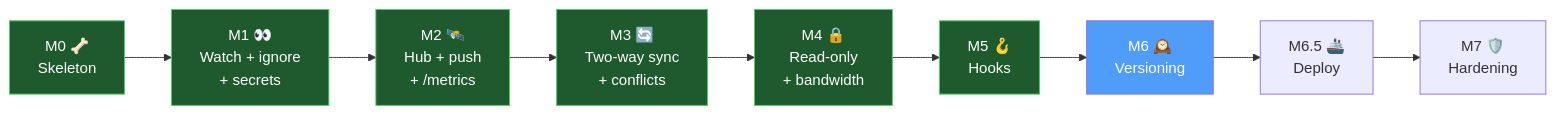
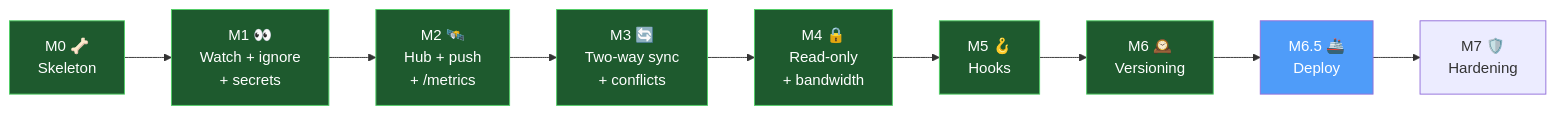
One commit to shoemoney/devbox changed the sixth of 6 diagrams in README.md. Above: the diagram before and after it, drawn with Mermaid. The commit also changed other lines of this file, not shown here.

````diff
--- a/README.md
+++ b/README.md
@@ -457,18 +457,19 @@
 ```mermaid
 flowchart LR
     M0["M0 🦴\nSkeleton"] --> M1["M1 👀\nWatch + ignore\n+ secrets"]
     M1 --> M2["M2 🛰️\nHub + push\n+ /metrics"]
     M2 --> M3["M3 🔄\nTwo-way sync\n+ conflicts"]
     M3 --> M4["M4 🔒\nRead-only\n+ bandwidth"]
     M4 --> M5["M5 🪝\nHooks"]
     M5 --> M6["M6 🕰️\nVersioning"]
     M6 --> M65["M6.5 🚢\nDeploy"]
     M65 --> M7["M7 🛡️\nHardening"]
     style M0 fill:#1e5a2e,stroke:#51cf66,color:#fff
     style M1 fill:#1e5a2e,stroke:#51cf66,color:#fff
     style M2 fill:#1e5a2e,stroke:#51cf66,color:#fff
     style M3 fill:#1e5a2e,stroke:#51cf66,color:#fff
     style M4 fill:#1e5a2e,stroke:#51cf66,color:#fff
     style M5 fill:#1e5a2e,stroke:#51cf66,color:#fff
-    style M6 fill:#4F9CF9,color:#fff
+    style M6 fill:#1e5a2e,stroke:#51cf66,color:#fff
+    style M65 fill:#4F9CF9,color:#fff
 ```
````
